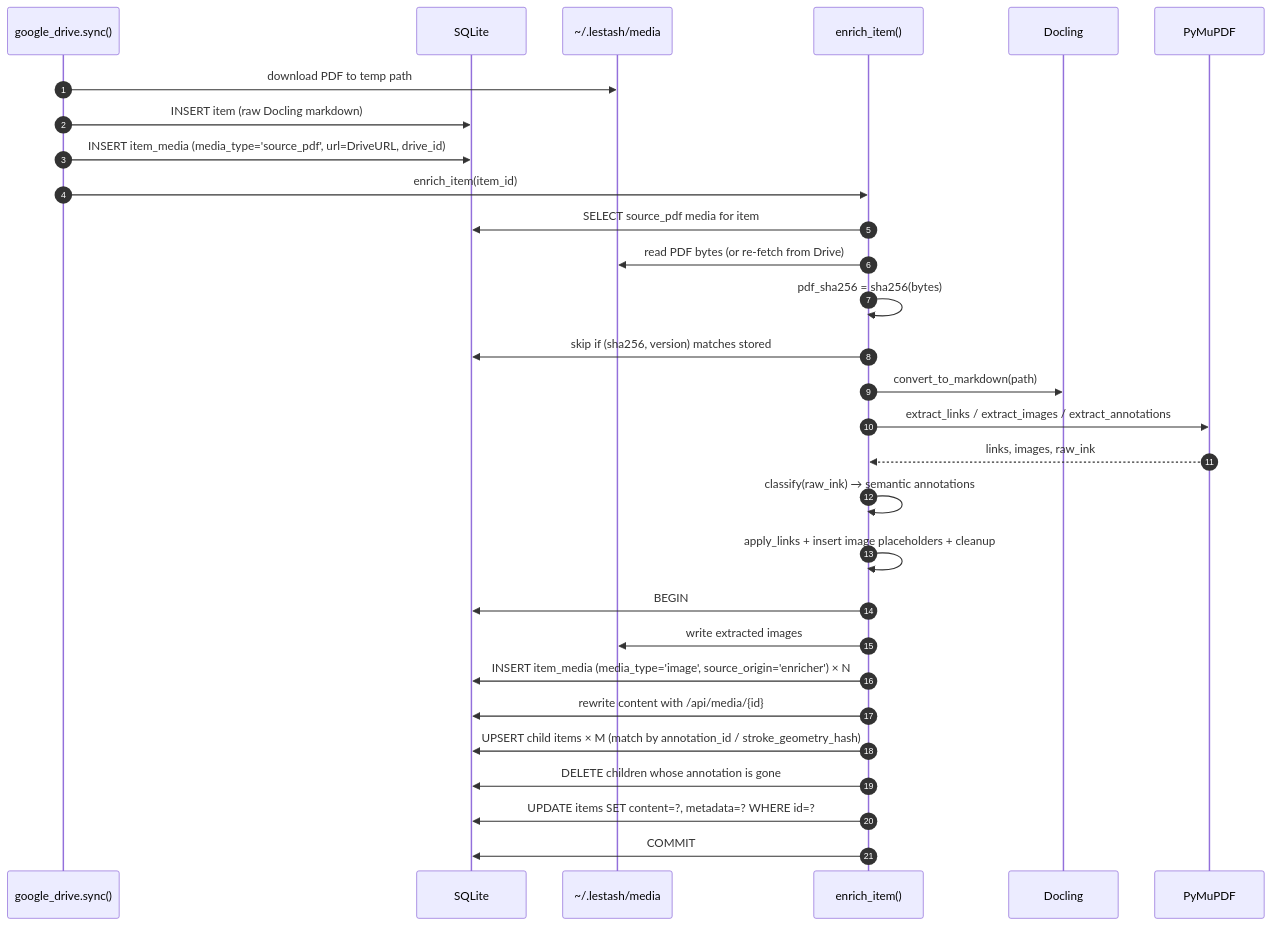
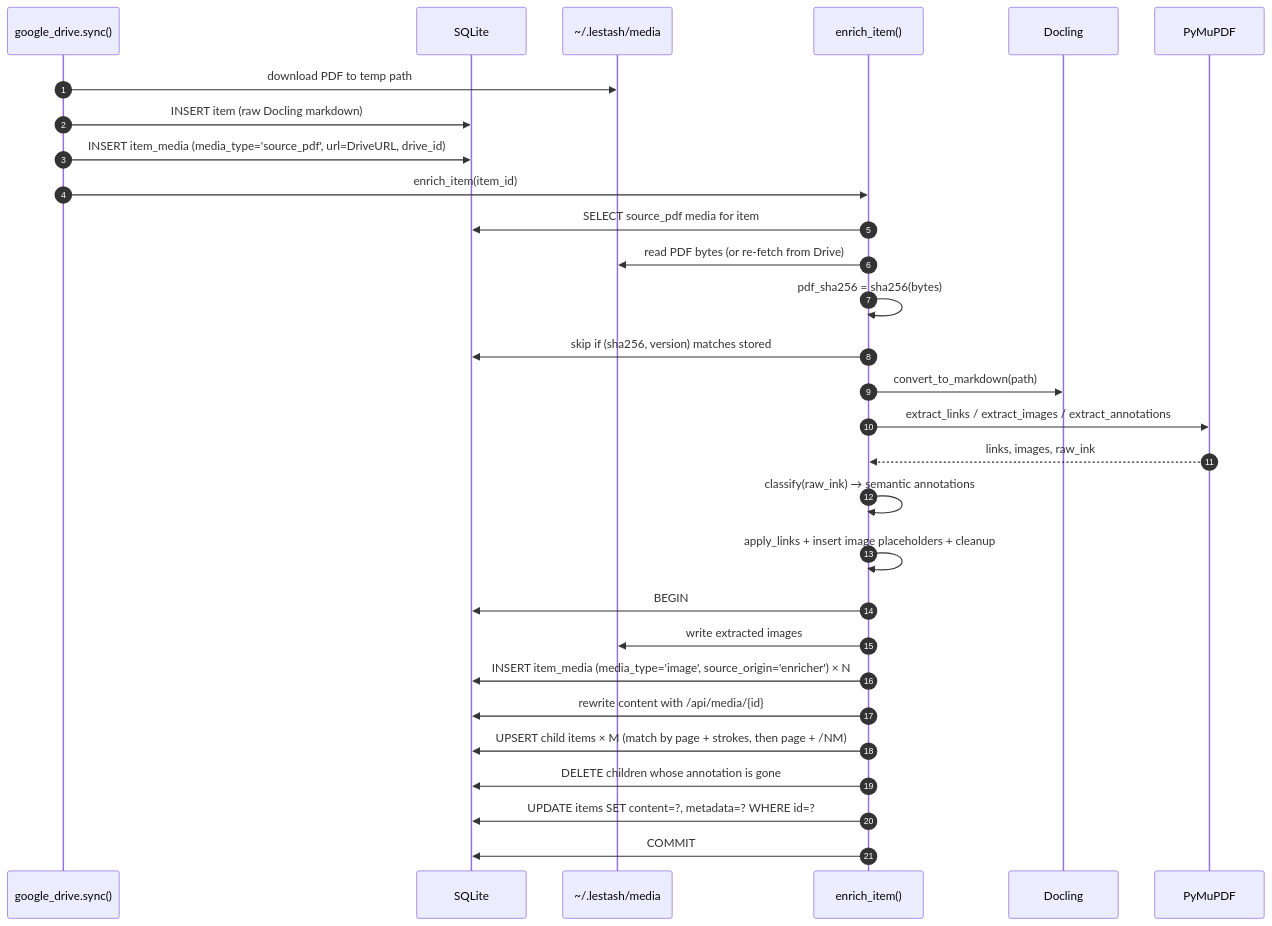
The first of 5 diagrams in docs/pdf-enrichment-design.md (thompsonson/lestash), drawn with Mermaid before and after one commit. The commit also changed other lines of this file and 5 other files, not shown here.

First line of the commit message:
fix(pdf_enrich): third review round for the re-enrich upsert

````diff
--- a/docs/pdf-enrichment-design.md
+++ b/docs/pdf-enrichment-design.md
@@ -157,32 +157,32 @@
 ```mermaid
 sequenceDiagram
     autonumber
     participant Sync as google_drive.sync()
     participant DB as SQLite
     participant FS as ~/.lestash/media
     participant Enrich as enrich_item()
     participant Docling
     participant PyMuPDF
 
     Sync->>FS: download PDF to temp path
     Sync->>DB: INSERT item (raw Docling markdown)
     Sync->>DB: INSERT item_media (media_type='source_pdf', url=DriveURL, drive_id)
     Sync->>Enrich: enrich_item(item_id)
     Enrich->>DB: SELECT source_pdf media for item
     Enrich->>FS: read PDF bytes (or re-fetch from Drive)
     Enrich->>Enrich: pdf_sha256 = sha256(bytes)
     Enrich->>DB: skip if (sha256, version) matches stored
     Enrich->>Docling: convert_to_markdown(path)
     Enrich->>PyMuPDF: extract_links / extract_images / extract_annotations
     PyMuPDF-->>Enrich: links, images, raw_ink
     Enrich->>Enrich: classify(raw_ink) → semantic annotations
     Enrich->>Enrich: apply_links + insert image placeholders + cleanup
     Enrich->>DB: BEGIN
     Enrich->>FS: write extracted images
     Enrich->>DB: INSERT item_media (media_type='image', source_origin='enricher') × N
     Enrich->>DB: rewrite content with /api/media/{id}
-    Enrich->>DB: UPSERT child items × M (match by annotation_id / stroke_geometry_hash)
+    Enrich->>DB: UPSERT child items × M (match by page + strokes, then page + /NM)
     Enrich->>DB: DELETE children whose annotation is gone
     Enrich->>DB: UPDATE items SET content=?, metadata=? WHERE id=?
     Enrich->>DB: COMMIT
 ```
````
